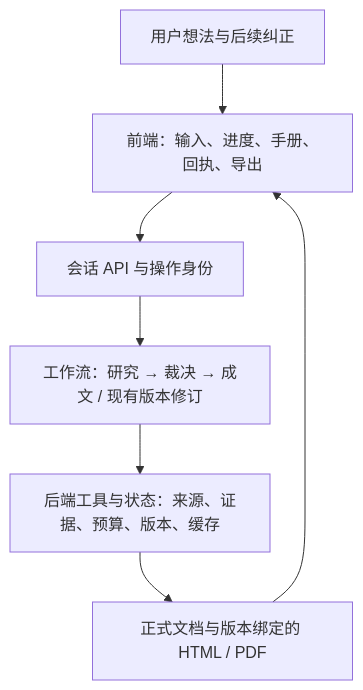
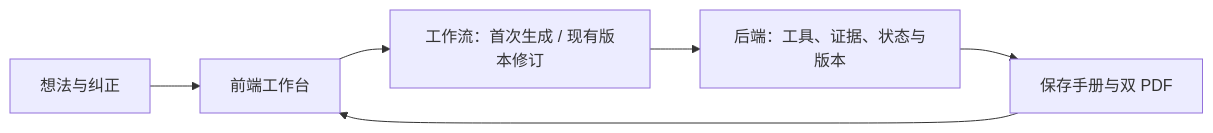
The diagram in README.md (zhenyueD/trip-autopilot), drawn with Mermaid before and after one commit. The commit also changed other lines of this file and 9 other files, not shown here.

````diff
--- a/README.md
+++ b/README.md
@@ -125,9 +73,8 @@
 ```mermaid
-flowchart TB
-    U[用户想法与后续纠正] --> UI[前端：输入、进度、手册、回执、导出]
-    UI --> API[会话 API 与操作身份]
-    API --> W[工作流：研究 → 裁决 → 成文 / 现有版本修订]
-    W --> T[后端工具与状态：来源、证据、预算、版本、缓存]
-    T --> D[正式文档与版本绑定的 HTML / PDF]
-    D --> UI
+flowchart LR
+    U[想法与纠正] --> F[前端工作台]
+    F --> W[工作流：首次生成 / 现有版本修订]
+    W --> B[后端：工具、证据、状态与版本]
+    B --> D[保存手册与双 PDF]
+    D --> F
 ```
````
